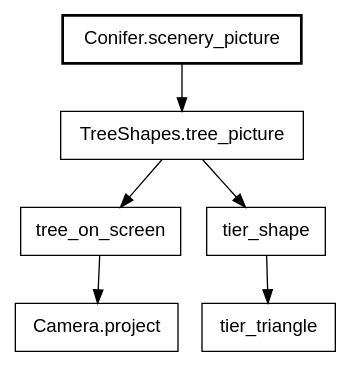
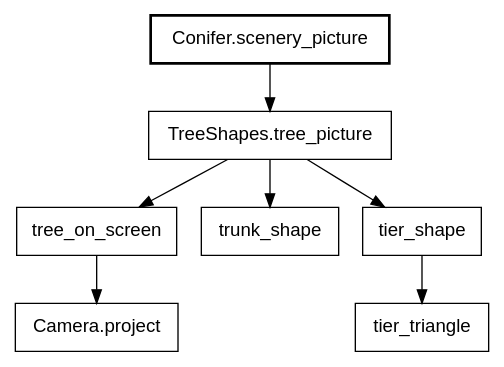
Before and after one commit to showell/roc-apps: the sixth of 34 diagrams in canvas_apps/safari/tutorial/tutorial.md, drawn with Graphviz. The commit also changed other lines of this file, not shown here.

Commit message:
book: the tree and cone diagrams get back trunk_shape and Camera.project

````diff
--- a/canvas_apps/safari/tutorial/tutorial.md
+++ b/canvas_apps/safari/tutorial/tutorial.md
@@ -379,11 +379,12 @@
 ```dot
 digraph tree {
   node [shape=box, fontname="Helvetica"];
   "Conifer.scenery_picture" [style=bold];
   "Conifer.scenery_picture" -> "TreeShapes.tree_picture";
   "TreeShapes.tree_picture" -> "tree_on_screen";
   "tree_on_screen" -> "Camera.project";
+  "TreeShapes.tree_picture" -> "trunk_shape";
   "TreeShapes.tree_picture" -> "tier_shape";
   "tier_shape" -> "tier_triangle";
 }
 ```
````
